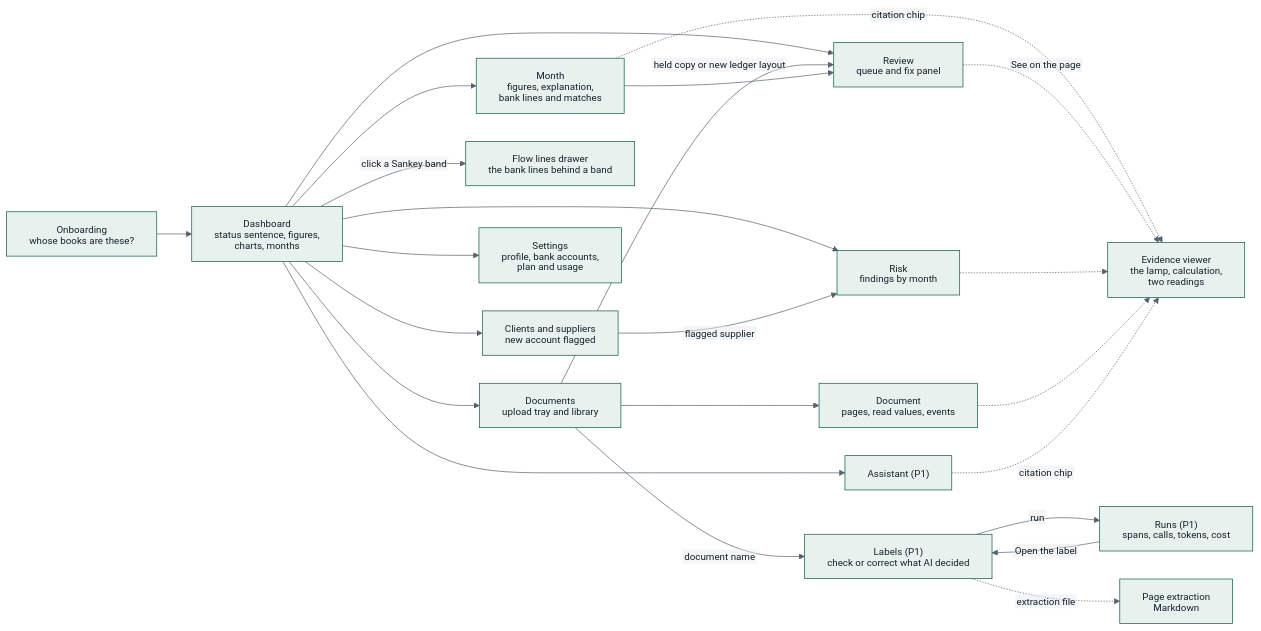
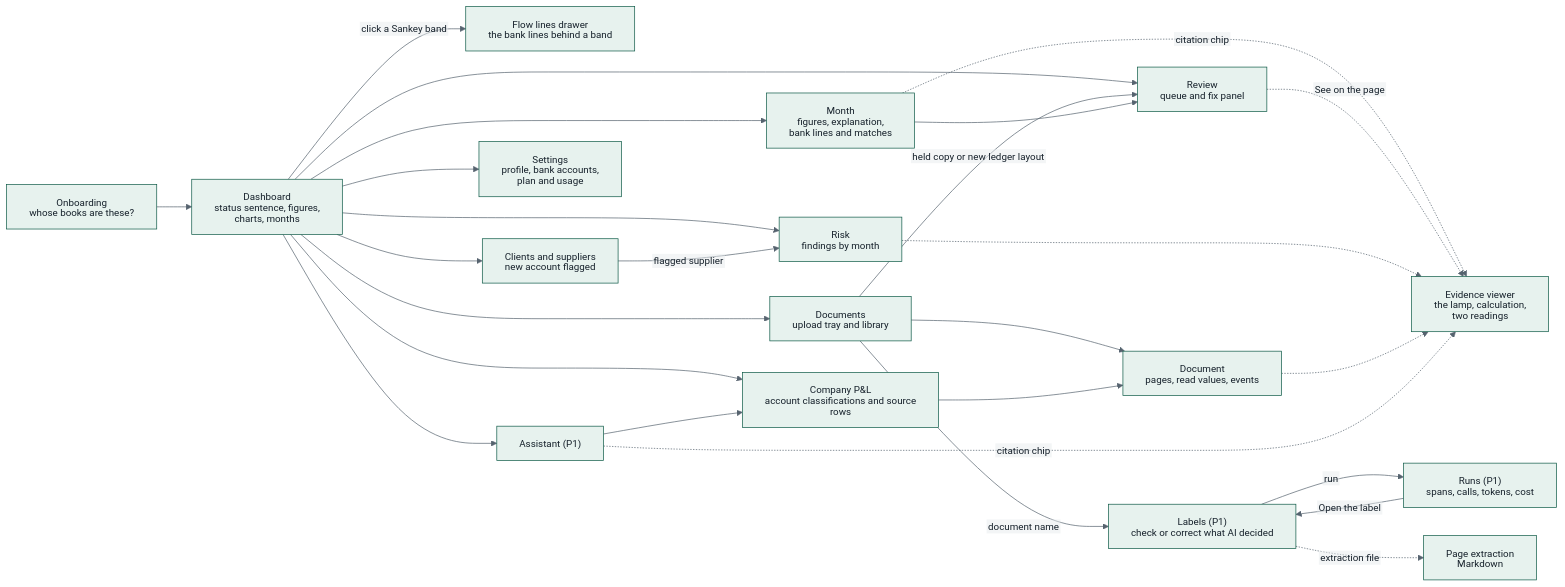
The first of 4 diagrams in docs/11-frontend.md (fadlytanjung/kredibel), drawn with Mermaid before and after one commit. The commit also changed other lines of this file and 78 other files, not shown here.

First line of the commit message:
feat(018): company account classifications and profit and loss report

````diff
--- a/docs/11-frontend.md
+++ b/docs/11-frontend.md
@@ -154,26 +155,29 @@
 ```mermaid
 %%{init: {"theme": "base", "themeVariables": {"fontFamily": "Arial, Helvetica, sans-serif", "fontSize": "14px", "primaryColor": "#E7F2EE", "primaryBorderColor": "#0E5A47", "primaryTextColor": "#16212B", "lineColor": "#56636F", "secondaryColor": "#E8ECEE", "tertiaryColor": "#FFFFFF", "clusterBkg": "#F2F4F5", "clusterBorder": "#B9C2CA", "noteBkgColor": "#FFF5D6", "noteTextColor": "#16212B"}, "htmlLabels": false, "flowchart": {"htmlLabels": false, "padding": 16, "nodeSpacing": 40, "rankSpacing": 50, "wrappingWidth": 220}, "sequence": {"wrap": true, "useMaxWidth": true, "noteFontFamily": "Arial, Helvetica, sans-serif", "messageFontFamily": "Arial, Helvetica, sans-serif", "actorFontFamily": "Arial, Helvetica, sans-serif"}}}%%
 flowchart LR
     onb["Onboarding<br/>whose books are these?"] --> dash["Dashboard<br/>status sentence, figures,<br/>charts, months"]
     dash --> docs["Documents<br/>upload tray and library"]
     dash --> month["Month<br/>figures, explanation,<br/>bank lines and matches"]
     dash --> review["Review<br/>queue and fix panel"]
     dash --> risk["Risk<br/>findings by month"]
     dash -->|"click a Sankey band"| lines["Flow lines drawer<br/>the bank lines behind a band"]
     docs --> doc["Document<br/>pages, read values, events"]
     docs -->|"held copy or new ledger layout"| review
     month --> review
     month -.->|"citation chip"| ev["Evidence viewer<br/>the lamp, calculation,<br/>two readings"]
     review -.->|"See on the page"| ev
     risk -.-> ev
     doc -.-> ev
+    dash --> pnl["Company P&L<br/>account classifications and source rows"]
+    asst --> pnl
+    pnl --> doc
     dash --> cp["Clients and suppliers<br/>new account flagged"]
     cp -->|"flagged supplier"| risk
     dash --> asst["Assistant (P1)"]
     asst -.->|"citation chip"| ev
     dash --> settings["Settings<br/>profile, bank accounts,<br/>plan and usage"]
     docs -->|"document name"| labels["Labels (P1)<br/>check or correct what AI decided"]
     labels -->|"run"| runs["Runs (P1)<br/>spans, calls, tokens, cost"]
     runs -->|"Open the label"| labels
     labels -.->|"extraction file"| md["Page extraction<br/>Markdown"]
 ```
````
